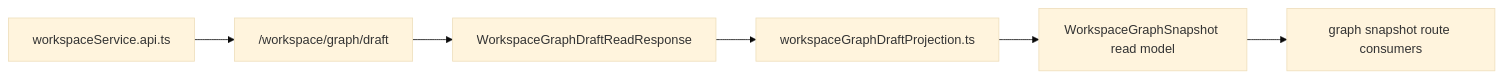
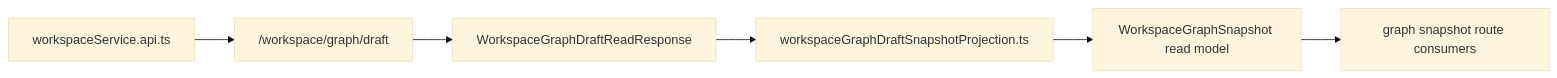
The third of 6 diagrams in docs/architecture/components/web/graph/canvas-startup-and-draft-recovery-component.md (dunay2/dvt), drawn with Mermaid (base theme) before and after one commit. The commit also changed other lines of this file and 72 other files, not shown here.

First line of the commit message:
refactor(web): Harden Canvas startup architecture

````diff
--- a/docs/architecture/components/web/graph/canvas-startup-and-draft-recovery-component.md
+++ b/docs/architecture/components/web/graph/canvas-startup-and-draft-recovery-component.md
@@ -130,8 +152,8 @@
 ```mermaid
 flowchart LR
   ApiService["workspaceService.api.ts"] --> Endpoint["/workspace/graph/draft"]
   Endpoint --> Contract["WorkspaceGraphDraftReadResponse"]
-  Contract --> Projection["workspaceGraphDraftProjection.ts"]
+  Contract --> Projection["workspaceGraphDraftSnapshotProjection.ts"]
   Projection --> Snapshot["WorkspaceGraphSnapshot read model"]
   Snapshot --> RouteConsumers["graph snapshot route consumers"]
 ```
````
